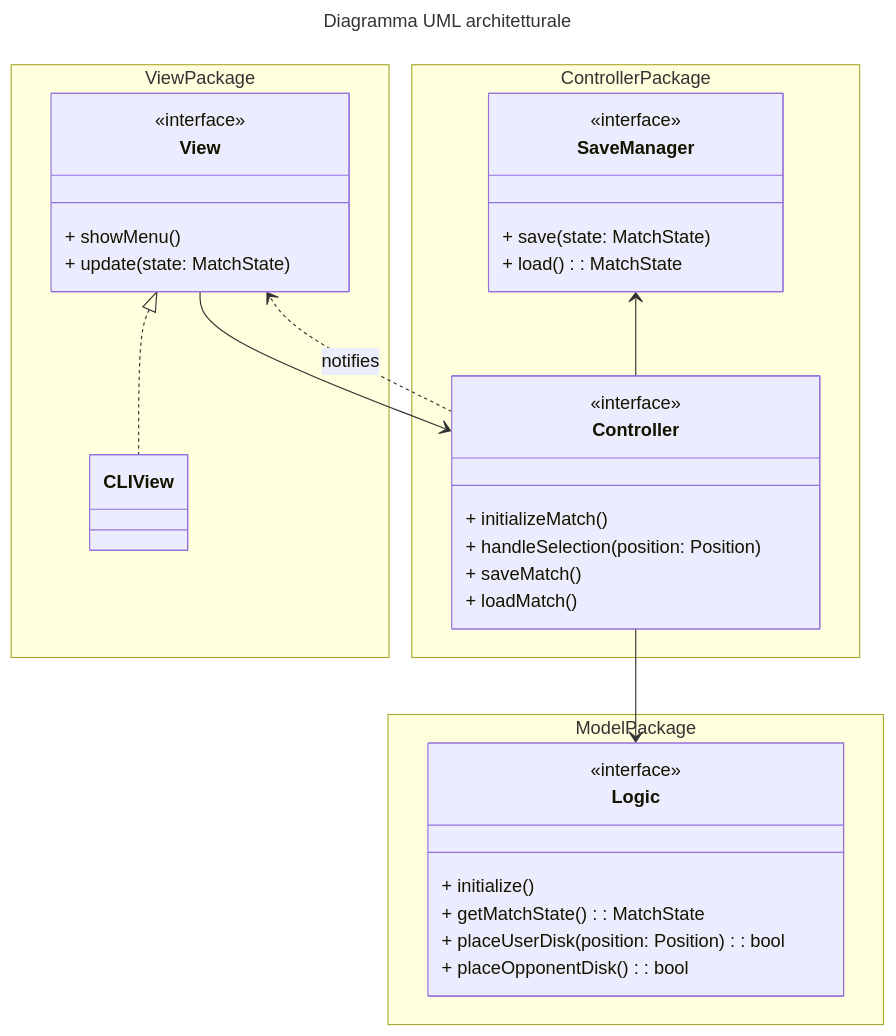
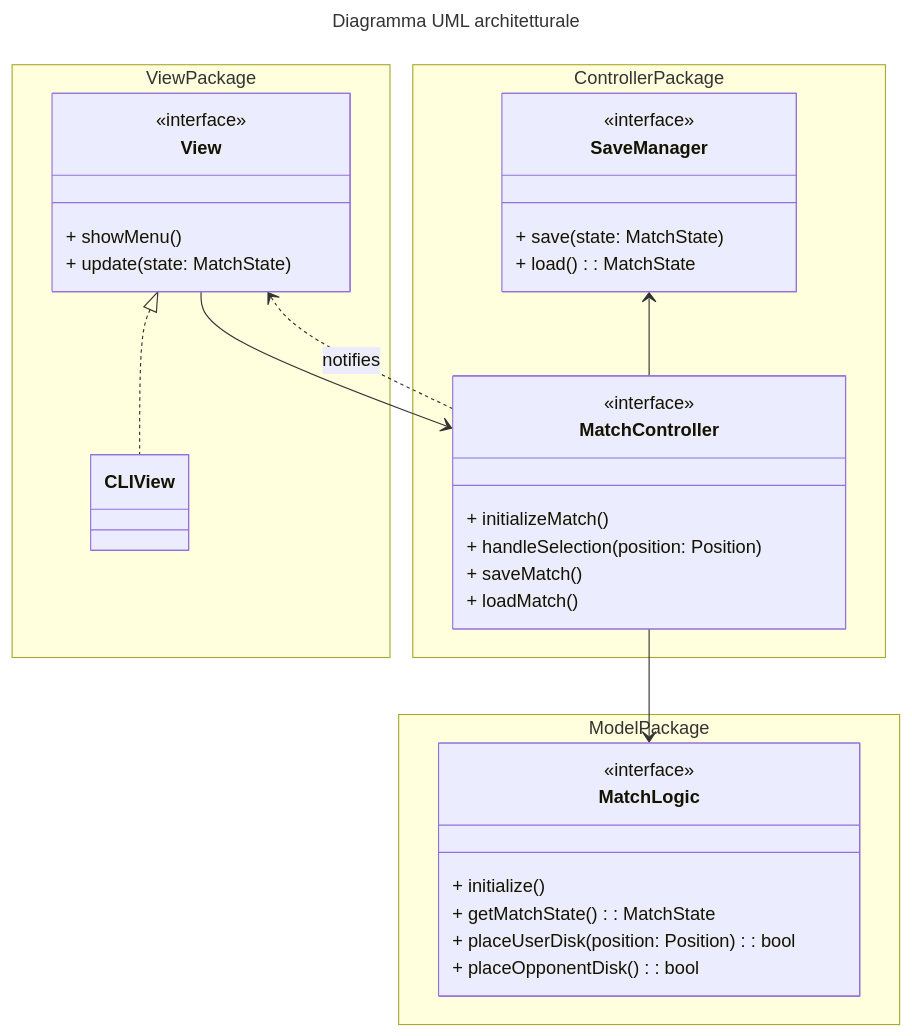
The first of 2 diagrams in docs/report/4-architectural-design.md (Borgotto/PPS-25-scalatello), drawn with Mermaid before and after one commit. The commit also changed 1 other file, not shown here.

Commit message:
Add Match prefix

````diff
--- a/docs/report/4-architectural-design.md
+++ b/docs/report/4-architectural-design.md
@@ -15,44 +15,44 @@
 ```mermaid
 ---
 title: Diagramma UML architetturale
 ---
 classDiagram
   namespace ViewPackage {
     class View {
       <<interface>>
       + showMenu()
       + update(state: MatchState)
     }
     class CLIView
   }
   namespace ControllerPackage {
-    class Controller {
+    class MatchController {
       <<interface>>
       + initializeMatch()
       + handleSelection(position: Position)
       + saveMatch()
       + loadMatch()
     }
     class SaveManager {
       <<interface>>
       + save(state: MatchState)
       + load(): MatchState
     }
   }
   namespace ModelPackage {
-    class Logic {
+    class MatchLogic {
       <<interface>>
       + initialize()
       + getMatchState(): MatchState
       + placeUserDisk(position: Position): bool
       + placeOpponentDisk(): bool
     }
   }
 
-  View --> Controller
-  Controller ..> View : notifies
-  Controller --> Logic
-  SaveManager <-- Controller
+  View --> MatchController
+  MatchController ..> View : notifies
+  MatchController --> MatchLogic
+  SaveManager <-- MatchController
 
   View <|.. CLIView
 ```
````
